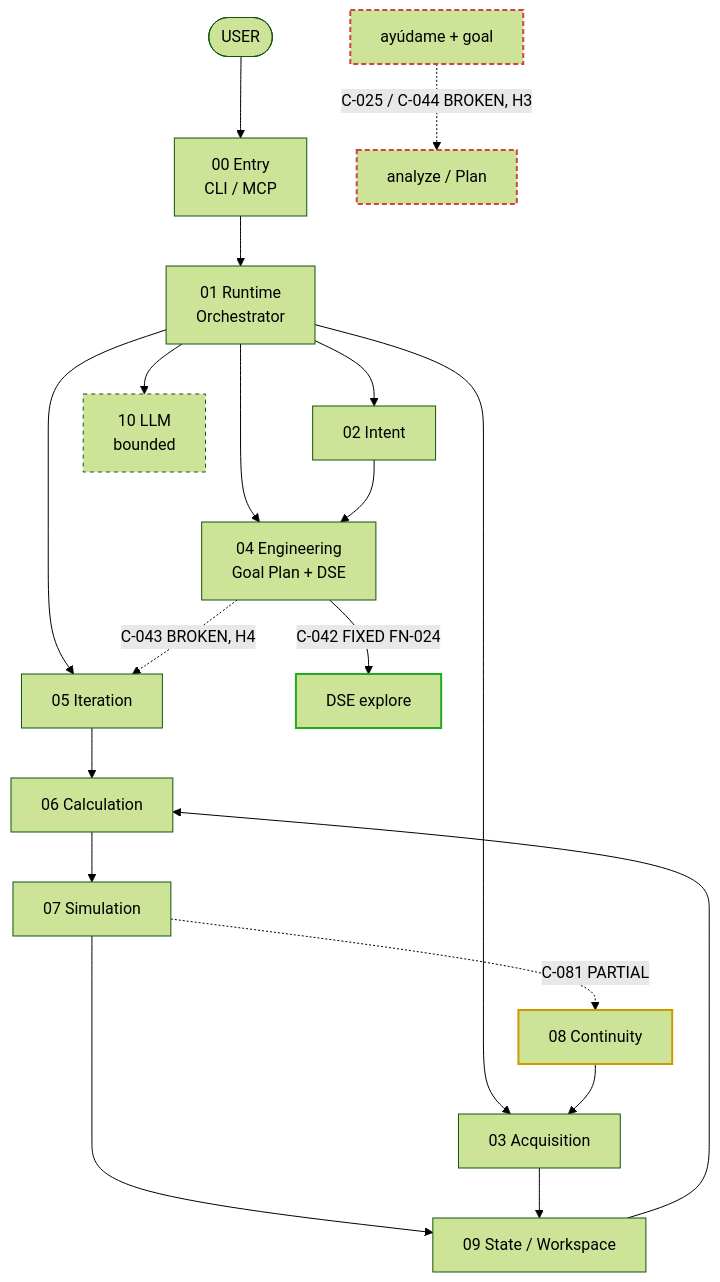
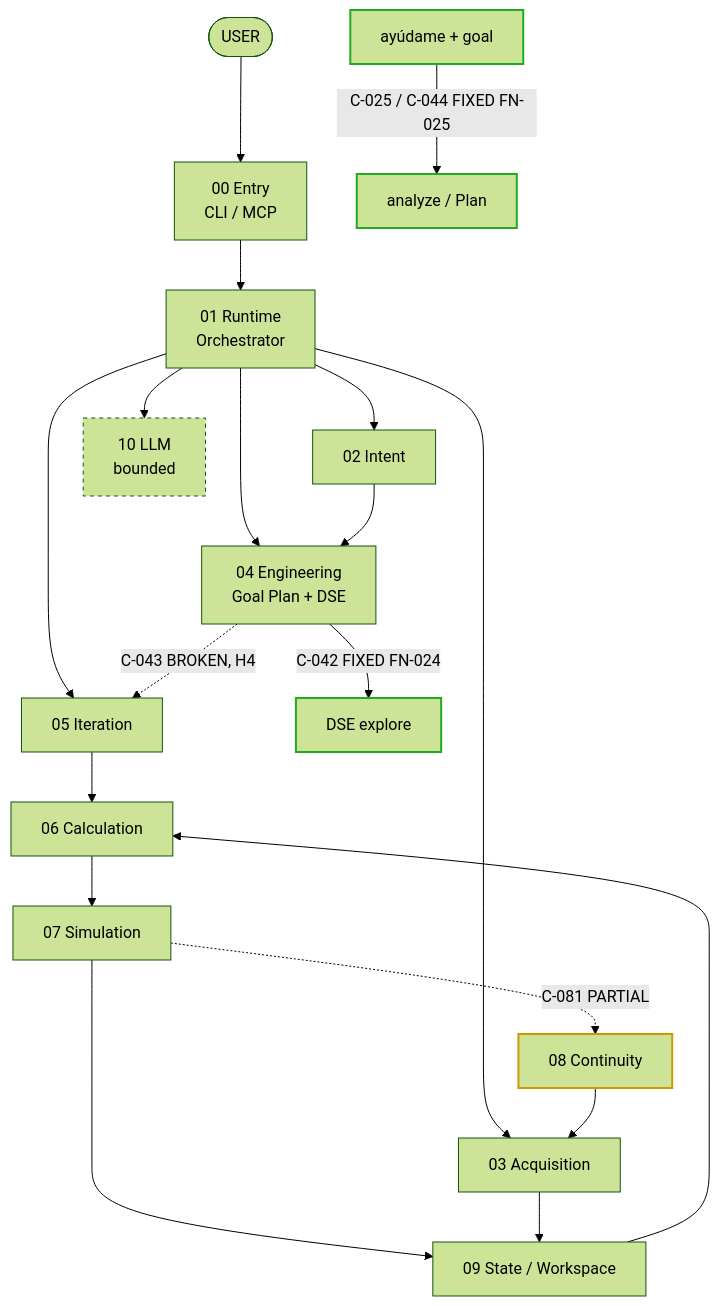
One commit to mcuestamunoz/Jarvis changed the diagram in docs/system_map/DIAGRAMS.md. Above: the diagram before and after it, drawn with Mermaid (forest theme). The commit also changed other lines of this file and 16 other files, not shown here.

First line of the commit message:
Close C-025/C-044: help+goal routes to engineering intent (FN-025).

````diff
--- a/docs/system_map/DIAGRAMS.md
+++ b/docs/system_map/DIAGRAMS.md
@@ -37,33 +39,32 @@
 ```mermaid
 flowchart TB
   USER([USER]) --> ENTRY[00 Entry<br/>CLI / MCP]
   ENTRY --> RT[01 Runtime<br/>Orchestrator]
 
   RT --> INTENT[02 Intent]
   RT --> ACQ[03 Acquisition]
   RT --> ENG[04 Engineering<br/>Goal Plan + DSE]
   RT --> ITER[05 Iteration]
   RT --> LLM[10 LLM<br/>bounded]
 
   INTENT --> ENG
   ENG -->|C-042 FIXED FN-024| DSE[DSE explore]
   ENG -.->|C-043 BROKEN, H4| ITER
-  HELP[ayúdame + goal] -.->|C-025 / C-044 BROKEN, H3| ANALYZE[analyze / Plan]
+  HELP[ayúdame + goal] -->|C-025 / C-044 FIXED FN-025| ANALYZE[analyze / Plan]
 
   ITER --> CALC[06 Calculation]
   CALC --> SIM[07 Simulation]
   SIM --> STATE[09 State / Workspace]
   SIM -.->|C-081 PARTIAL| CONT[08 Continuity]
   ACQ --> STATE
   CONT --> ACQ
   STATE --> CALC
 
   classDef broken stroke:#c44,stroke-width:2px,stroke-dasharray: 5 3;
   classDef partial stroke:#c90,stroke-width:2px;
   classDef fixed stroke:#2a2,stroke-width:2px;
   classDef llm stroke-dasharray: 4 4;
-  class ANALYZE,HELP broken;
-  class DSE fixed;
+  class DSE,ANALYZE,HELP fixed;
   class CONT partial;
   class LLM llm;
 ```
````
